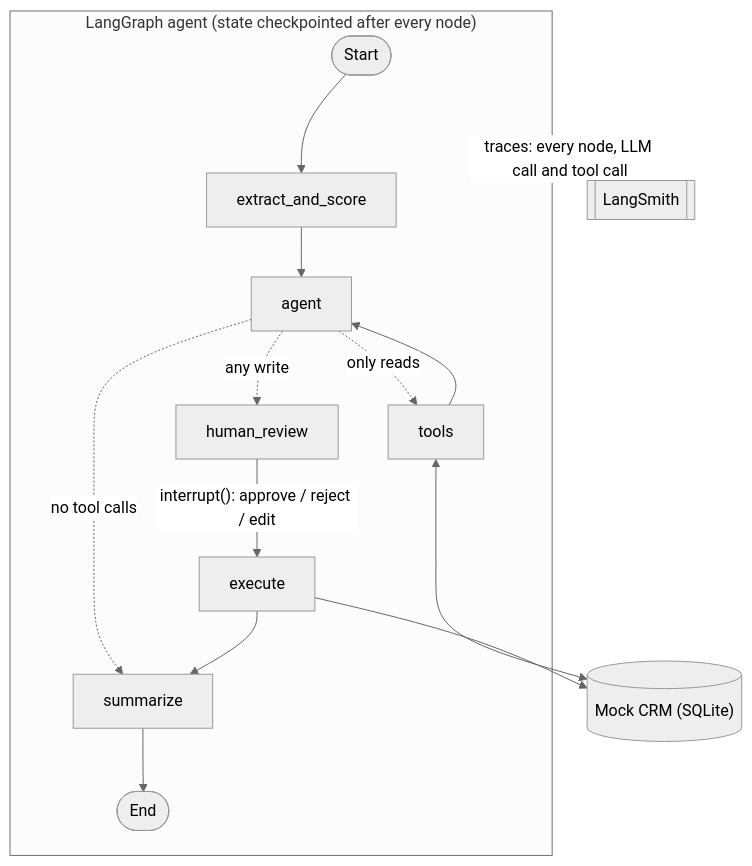
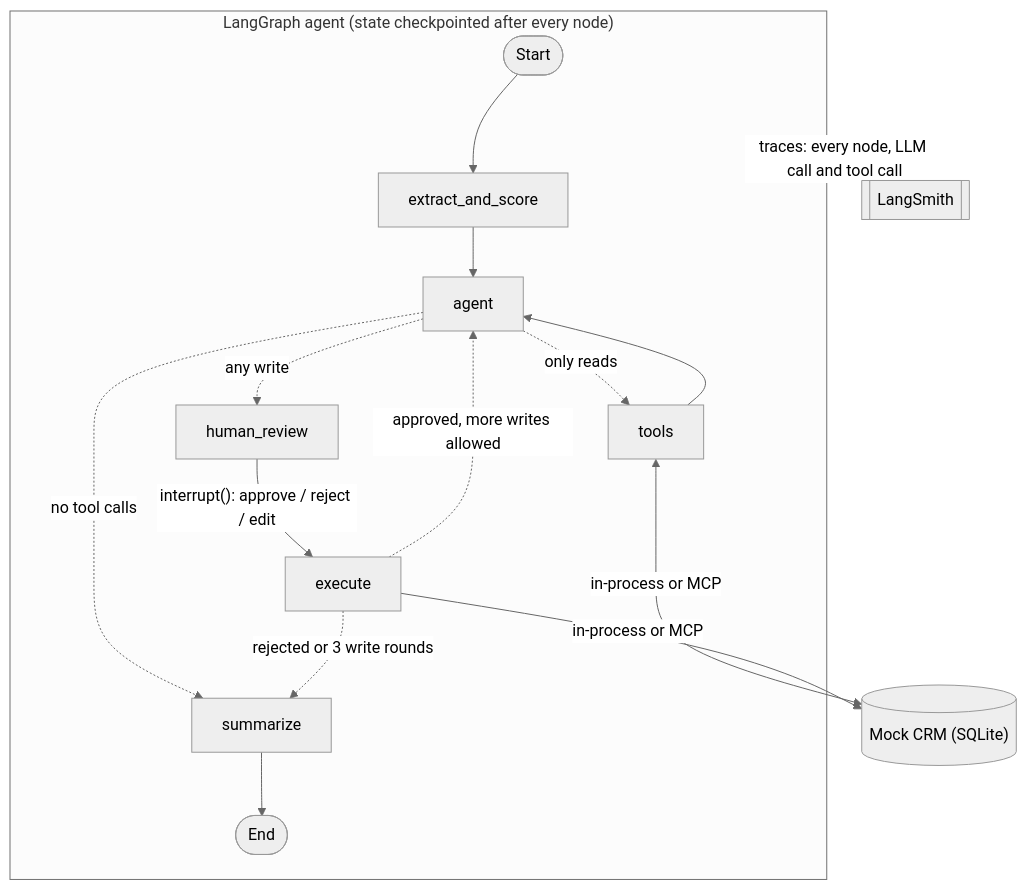
Before and after one commit to baksh07/switchboard-agents: the diagram in README.md, drawn with Mermaid (neutral theme). The commit also changed other lines of this file and 6 other files, not shown here.

Commit message:
feat: --tools flag for evals, MCP tests, eval: MCP stdio same accuracy, 6.4s -> 15.5s per lead

````diff
--- a/README.md
+++ b/README.md
@@ -57,17 +57,18 @@
 ```mermaid
 graph TD
     subgraph agent_graph ["LangGraph agent (state checkpointed after every node)"]
         START([Start]) --> extract_and_score
         extract_and_score --> agent
         agent -. only reads .-> tools
         tools --> agent
         agent -. any write .-> human_review
         agent -. no tool calls .-> summarize
         human_review -->|"interrupt(): approve / reject / edit"| execute
-        execute --> summarize
+        execute -. approved, more writes allowed .-> agent
+        execute -. rejected or 3 write rounds .-> summarize
         summarize --> END([End])
     end
-    tools <--> crm[("Mock CRM (SQLite)")]
-    execute --> crm
+    tools <-->|"in-process or MCP"| crm[("Mock CRM (SQLite)")]
+    execute -->|"in-process or MCP"| crm
     agent_graph -. "traces: every node, LLM call and tool call" .-> langsmith[["LangSmith"]]
 ```
````
